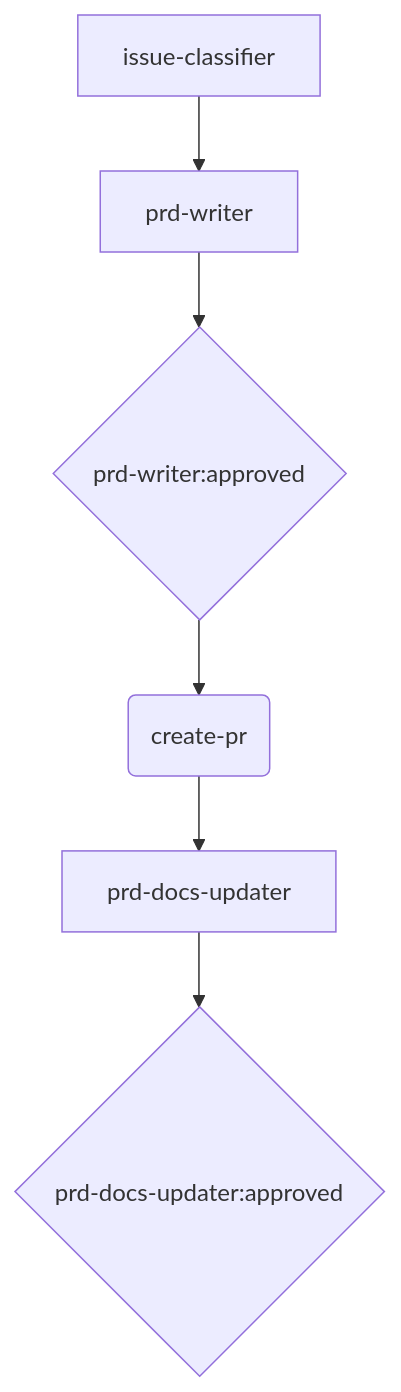
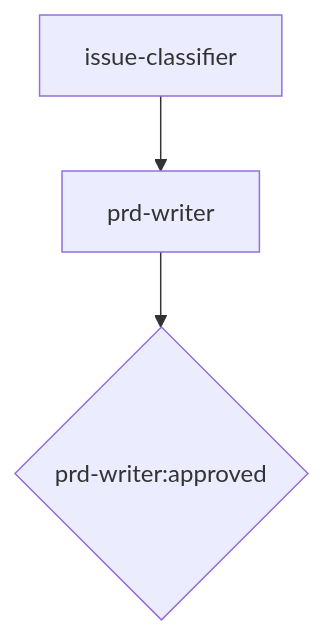
The diagram in docs/product/agile/generated/phases/01_product_docs.mmd (M-A-Operating-System/ai-coding-standards2), drawn with Mermaid before and after one commit. The commit also changed 1 other file, not shown here.

Commit message:
chore: regenerate pipeline diagrams [skip ci]

```diff
--- a/docs/product/agile/generated/phases/01_product_docs.mmd
+++ b/docs/product/agile/generated/phases/01_product_docs.mmd
@@ -1,12 +1,6 @@
 flowchart TD
     n_01_product_docs__issue_classifier["issue-classifier"]
     n_01_product_docs__prd_writer["prd-writer"]
-    n_01_product_docs__create_pr("create-pr")
-    n_01_product_docs__prd_docs_updater["prd-docs-updater"]
     gate__n_01_product_docs__prd_writer{"prd-writer:approved"}
-    gate__n_01_product_docs__prd_docs_updater{"prd-docs-updater:approved"}
     n_01_product_docs__prd_writer --> gate__n_01_product_docs__prd_writer
-    n_01_product_docs__prd_docs_updater --> gate__n_01_product_docs__prd_docs_updater
     n_01_product_docs__issue_classifier --> n_01_product_docs__prd_writer
-    gate__n_01_product_docs__prd_writer --> n_01_product_docs__create_pr
-    n_01_product_docs__create_pr --> n_01_product_docs__prd_docs_updater
```
